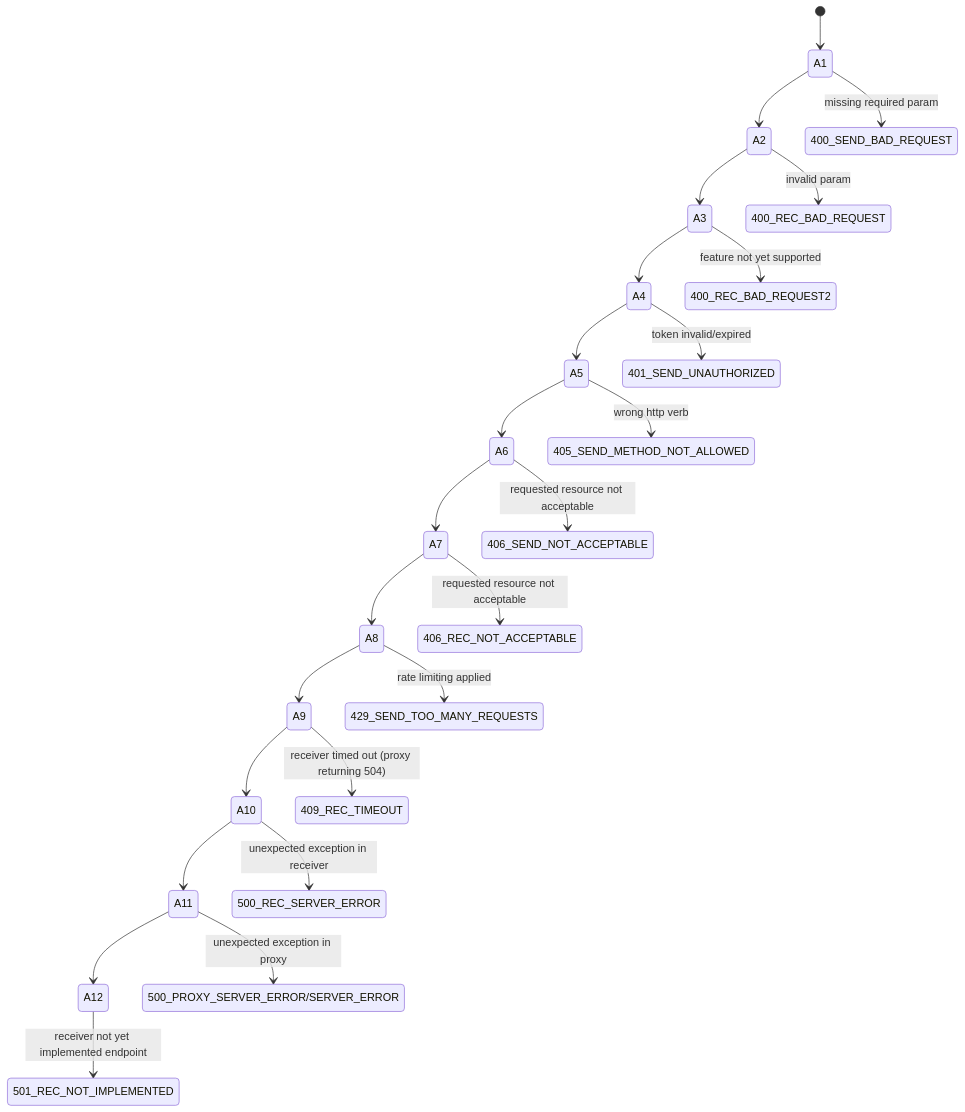
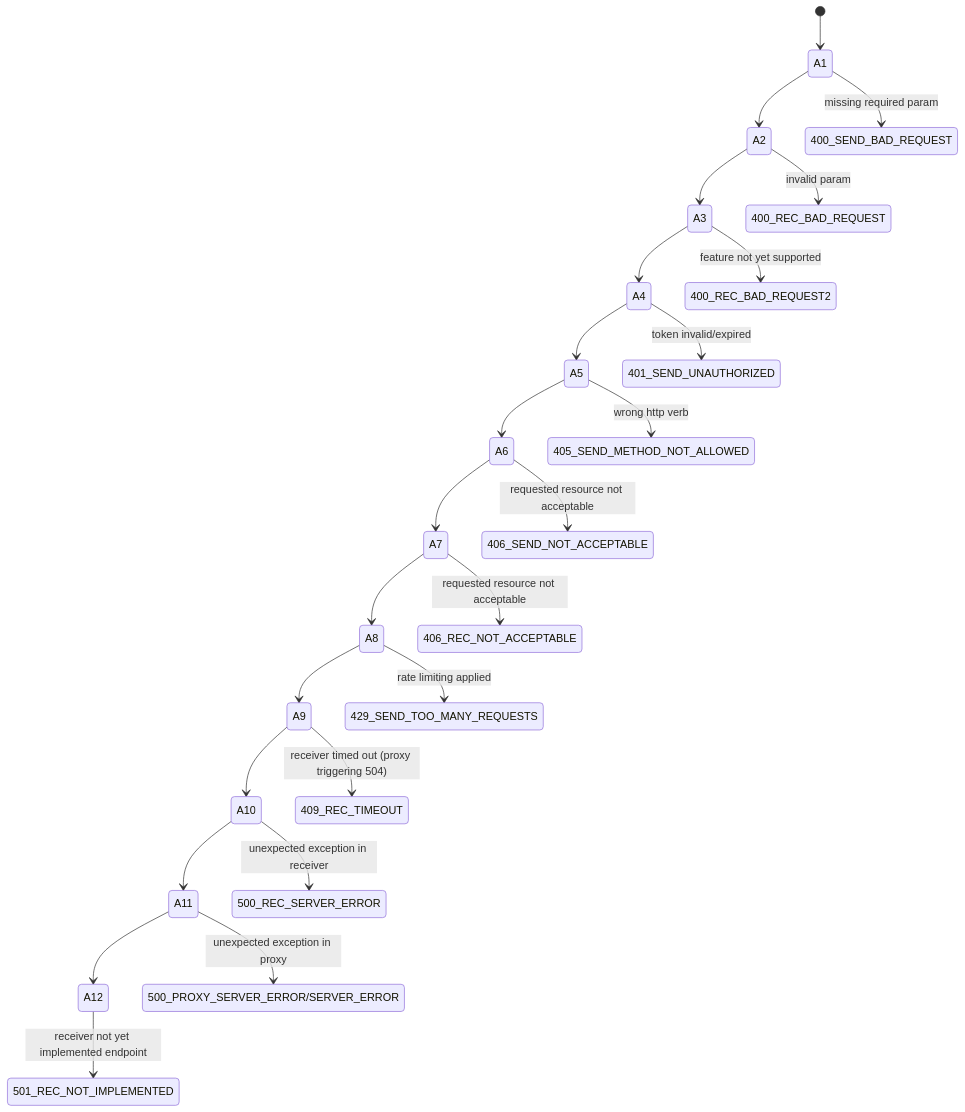
One commit to NHSDigital/booking-and-referral-fhir-api changed the first of 10 diagrams in specification/error-processing-flow.md. Above: the diagram before and after it, drawn with Mermaid. The commit also changed other lines of this file, not shown here.

````diff
--- a/specification/error-processing-flow.md
+++ b/specification/error-processing-flow.md
@@ -3,28 +3,28 @@
 ```mermaid
 stateDiagram-v2
     [*] --> A1
     A1 --> A2
     A2 --> A3
     A3 --> A4
     A4 --> A5
     A5 --> A6
     A6 --> A7
     A7 --> A8
     A8 --> A9
     A9 --> A10
     A10 --> A11
     A11 --> A12
 
     A1 --> 400_SEND_BAD_REQUEST: missing required param
     A2 --> 400_REC_BAD_REQUEST: invalid param
     A3 --> 400_REC_BAD_REQUEST2: feature not yet supported
     A4 --> 401_SEND_UNAUTHORIZED: token invalid/expired
     A5 --> 405_SEND_METHOD_NOT_ALLOWED: wrong http verb
     A6 --> 406_SEND_NOT_ACCEPTABLE: requested resource not acceptable
     A7 --> 406_REC_NOT_ACCEPTABLE: requested resource not acceptable
     A8 --> 429_SEND_TOO_MANY_REQUESTS: rate limiting applied
-    A9 --> 409_REC_TIMEOUT: receiver timed out (proxy returning 504)
+    A9 --> 409_REC_TIMEOUT: receiver timed out (proxy triggering 504)
     A10 --> 500_REC_SERVER_ERROR: unexpected exception in receiver 
     A11 --> 500_PROXY_SERVER_ERROR/SERVER_ERROR : unexpected exception in proxy
     A12 --> 501_REC_NOT_IMPLEMENTED: receiver not yet implemented endpoint
 ```
````
